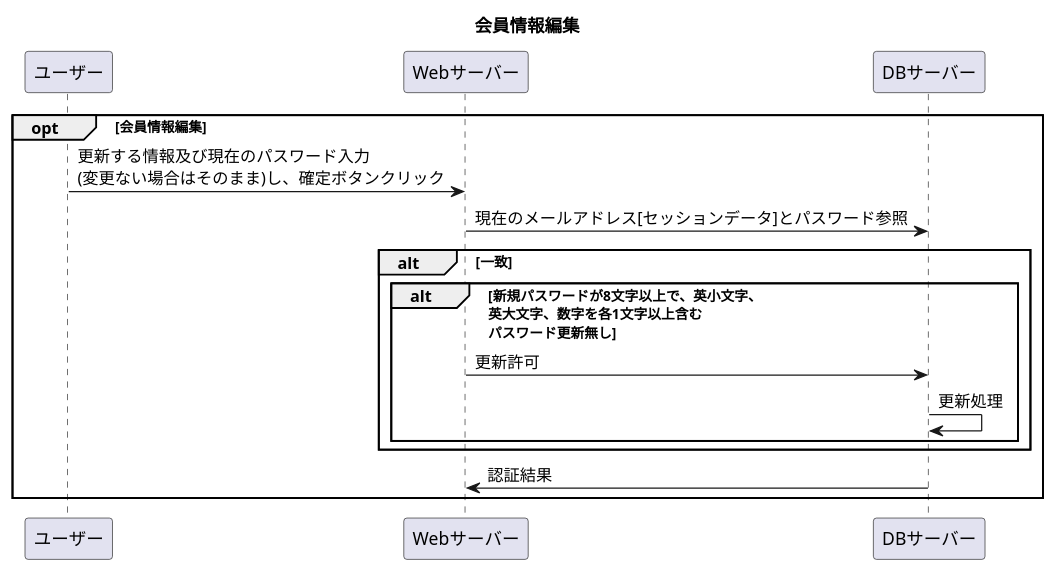
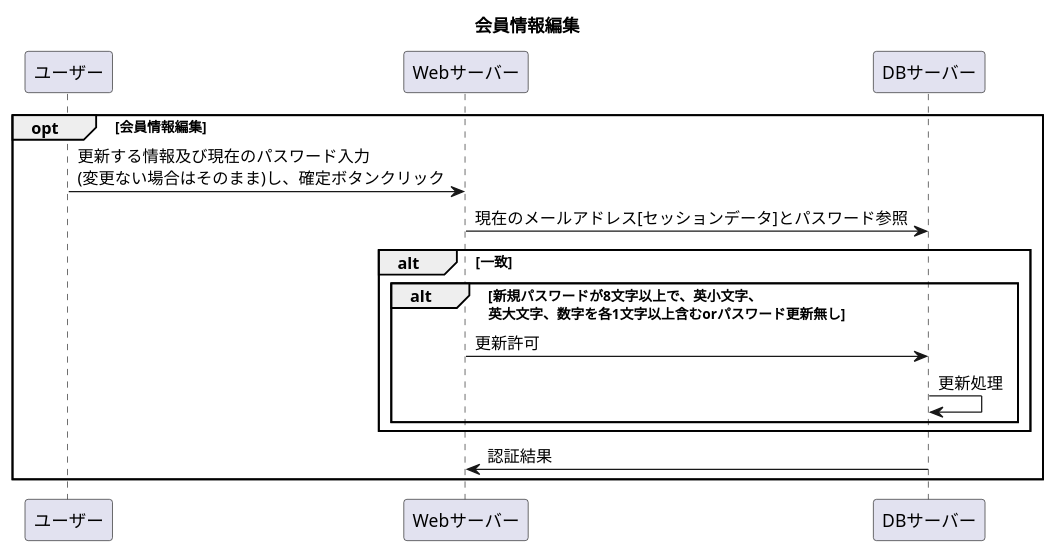
The diagram in 設計書/02_業務フロー/Edit-Business-Flow.md (Aso2001227/Aso-Sports-1), drawn with PlantUML before and after one commit.

````diff
--- a/設計書/02_業務フロー/Edit-Business-Flow.md
+++ b/設計書/02_業務フロー/Edit-Business-Flow.md
@@ -1,16 +1,16 @@
 ```uml
 @startuml
 title: 会員情報編集
 opt 会員情報編集
         ユーザー ->Webサーバー :更新する情報及び現在のパスワード入力\n(変更ない場合はそのまま)し、確定ボタンクリック
         Webサーバー -> DBサーバー : 現在のメールアドレス[セッションデータ]とパスワード参照
         alt 一致
-                alt 新規パスワードが8文字以上で、英小文字、\n英大文字、数字を各1文字以上含む\nパスワード更新無し
+                alt 新規パスワードが8文字以上で、英小文字、\n英大文字、数字を各1文字以上含むorパスワード更新無し
                        Webサーバー -> DBサーバー : 更新許可
                        DBサーバー -> DBサーバー : 更新処理
                 end
         end
         DBサーバー -> Webサーバー : 認証結果
 end
 @enduml
 ```
````
